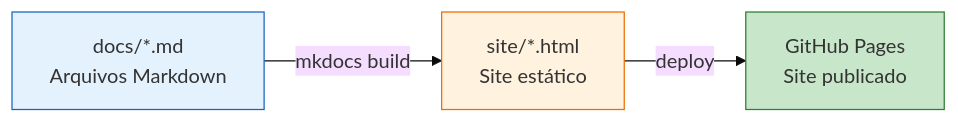
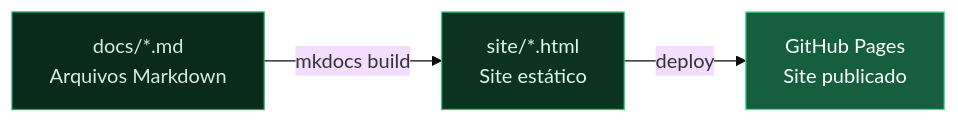
One commit to AndreBanki/github_para_docs changed the diagram in docs/02-markdown-e-mkdocs.md. Above: the diagram before and after it, drawn with Mermaid (base theme). The commit also changed other lines of this file and 9 other files, not shown here.

````diff
--- a/docs/02-markdown-e-mkdocs.md
+++ b/docs/02-markdown-e-mkdocs.md
@@ -279,8 +280,8 @@
 ```mermaid
 flowchart LR
     A["docs/*.md\nArquivos Markdown"] -->|mkdocs build| B["site/*.html\nSite estático"]
     B -->|deploy| C["GitHub Pages\nSite publicado"]
-    style A fill:#e3f2fd,stroke:#1565c0
-    style B fill:#fff3e0,stroke:#ef6c00
-    style C fill:#c8e6c9,stroke:#2e7d32
+    style A fill:#0a2a1c,stroke:#1aa863,color:#d4ede0
+    style B fill:#0c3322,stroke:#25CE7B,color:#dcfaea
+    style C fill:#155f3f,stroke:#3BE592,color:#ffffff
 ```
````
